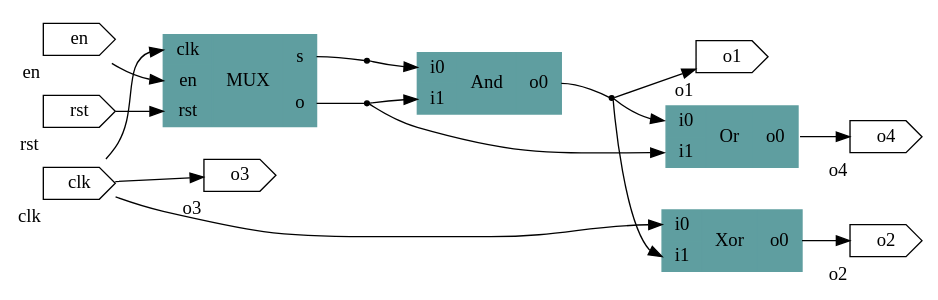
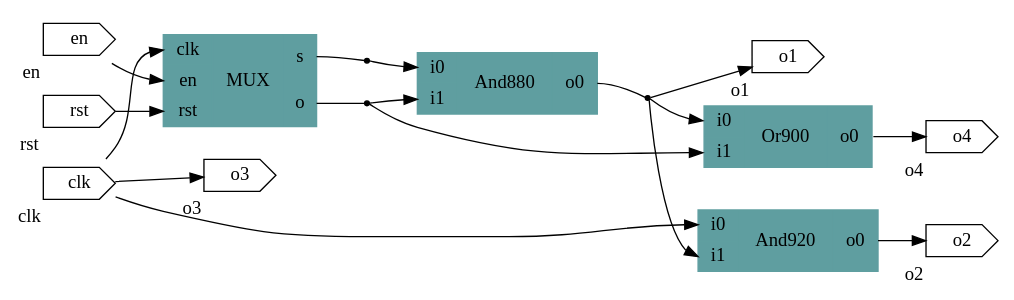
One commit to Quentin-Tual/Netenos changed the diagram in test2.dot. Above: the diagram before and after it, drawn with Graphviz. The commit also changed 12 other files, not shown here.

```diff
--- a/test2.dot
+++ b/test2.dot
@@ -1,34 +1,34 @@
 # Test
 digraph test2 {
   graph [rankdir = LR];
   MUX[shape=record; style=filled;color=cadetblue; label="{{<clk>clk|<en>en|<rst>rst}| MUX |{<s>s|<o>o}}"]
-  And[shape=record; style=filled;color=cadetblue; label="{{<i0>i0|<i1>i1}| And |{<o0>o0}}"]
-  Or[shape=record; style=filled;color=cadetblue; label="{{<i0>i0|<i1>i1}| Or |{<o0>o0}}"]
-  Xor[shape=record; style=filled;color=cadetblue; label="{{<i0>i0|<i1>i1}| Xor |{<o0>o0}}"]
+  And880[shape=record; style=filled;color=cadetblue; label="{{<i0>i0|<i1>i1}| And880 |{<o0>o0}}"]
+  Or900[shape=record; style=filled;color=cadetblue; label="{{<i0>i0|<i1>i1}| Or900 |{<o0>o0}}"]
+  And920[shape=record; style=filled;color=cadetblue; label="{{<i0>i0|<i1>i1}| And920 |{<o0>o0}}"]
   clk[shape=cds,xlabel="clk"]
   en[shape=cds,xlabel="en"]
   rst[shape=cds,xlabel="rst"]
   o1[shape=cds,xlabel="o1"]
   o2[shape=cds,xlabel="o2"]
   o3[shape=cds,xlabel="o3"]
   o4[shape=cds,xlabel="o4"]
   clk -> MUX:clk;
   clk -> o3;
-  clk -> Xor:i0;
+  clk -> And920:i0;
   en -> MUX:en;
   rst -> MUX:rst;
   s0[shape=point];
   MUX:s -> s0[arrowhead=none]
-  s0 -> And:i0;
+  s0 -> And880:i0;
   s1[shape=point];
   MUX:o -> s1[arrowhead=none]
-  s1 -> And:i1;
-  s1 -> Or:i1;
+  s1 -> And880:i1;
+  s1 -> Or900:i1;
   s3[shape=point];
-  And:o0 -> s3[arrowhead=none]
+  And880:o0 -> s3[arrowhead=none]
   s3 -> o1;
-  s3 -> Or:i0;
-  s3 -> Xor:i1;
-  Or:o0 -> o4;
-  Xor:o0 -> o2;
+  s3 -> Or900:i0;
+  s3 -> And920:i1;
+  Or900:o0 -> o4;
+  And920:o0 -> o2;
 }
```
